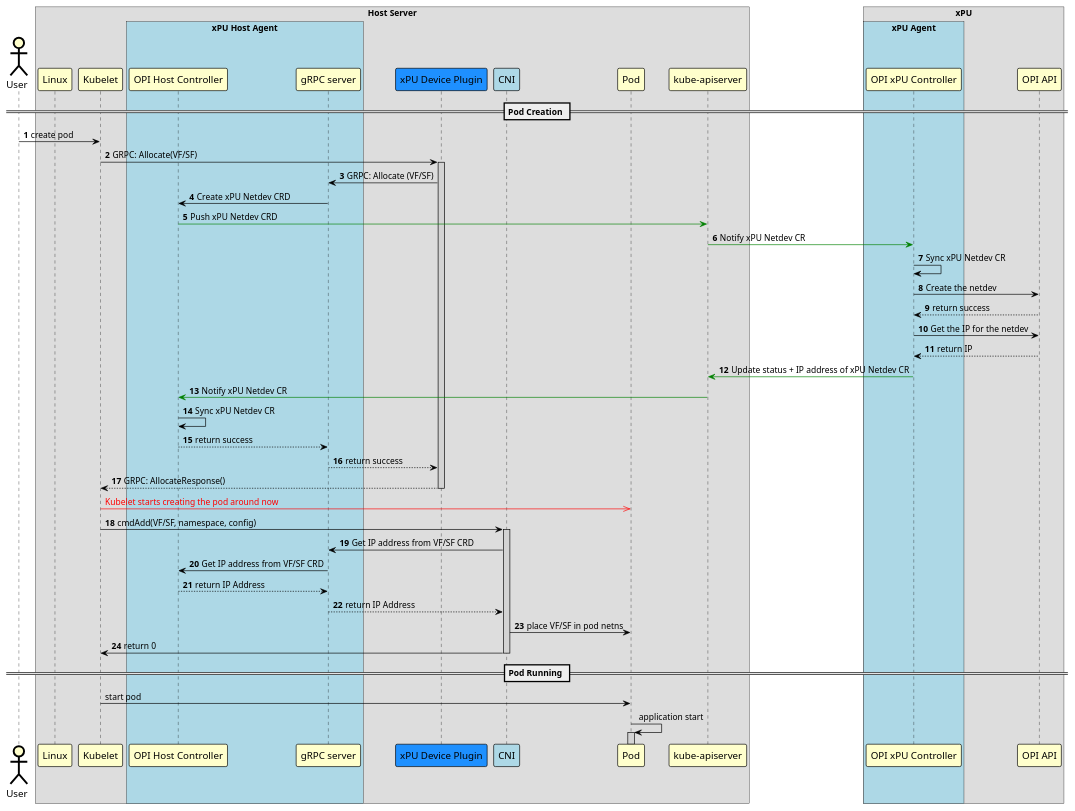
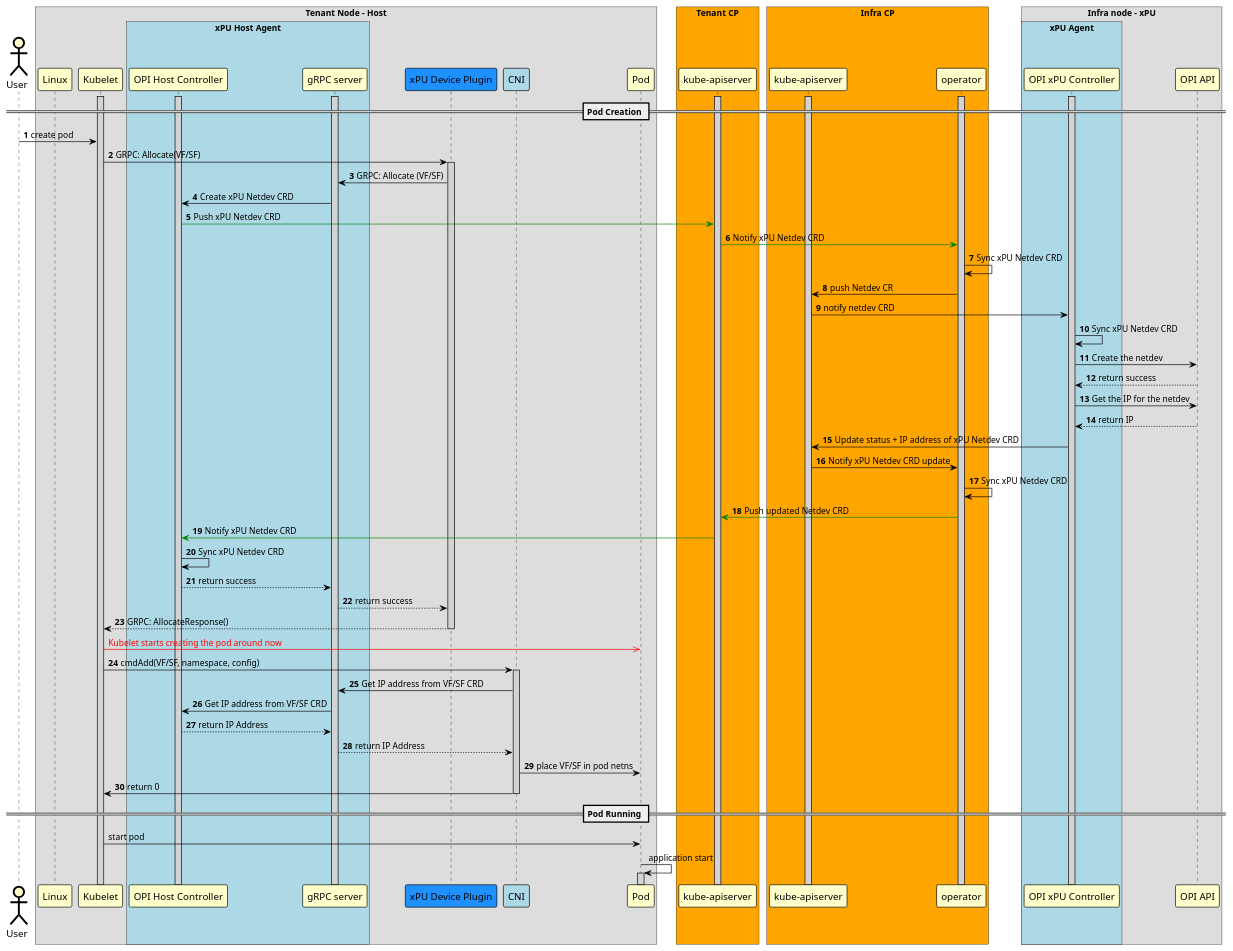
Before and after one commit to redhat-et/ekho: the diagram in sequence-diagrams/puml/host-provisioning-xPU-VF-pod-creation.puml, drawn with PlantUML. The commit also changed 5 other files, not shown here.

Commit message:
host provisioning: update the sequence diagrams with operator

```diff
--- a/sequence-diagrams/puml/host-provisioning-xPU-VF-pod-creation.puml
+++ b/sequence-diagrams/puml/host-provisioning-xPU-VF-pod-creation.puml
@@ -1,96 +1,118 @@
 @startuml
 !pragma teoz true
 skinparam noteBorderColor Black
 skinparam noteBorderThickness 1
 skinparam noteBackgroundColor Yellow
 
 skinparam sequence {
 	BoxBorderColor Black
 	BoxFontSize 20
 
 	ArrowColor Black
 	ArrowThickness 1
 
 	ActorBorderColor Black
 	ActorBorderThickness 3
 	ActorBackgroundColor Business
 	ActorFontSize 15
 
 	ParticipantBorderColor Black
 	ParticipantBorderThickness 1
 	ParticipantBackgroundColor Business
 	ParticipantFontSize 15
 
 	LifeLineBorderColor Black
 	LifeLineBorderThickness 1
 	LifeLineBackgroundColor LightGray
 }
 
 actor "User"
-box "Host Server"
+box "Tenant Node - Host"
 	participant "Linux"
 	participant "Kubelet"
   box "xPU Host Agent" #LightBlue
          participant "OPI Host Controller"
          participant "gRPC server"
   end box
 	participant "xPU Device Plugin" #dodgerblue
 	participant "CNI" #LightBlue
 	participant "Pod"
-        participant "kube-apiserver"
 end box
 
-box "xPU"
+box "Tenant CP" #Orange
+  participant "kube-apiserver" as api1
+end box
+
+box "Infra CP" #Orange
+  participant "kube-apiserver" as api2
+  participant "operator"
+end box
+
+box "Infra node - xPU"
   box "xPU Agent" #LightBlue
 	participant "OPI xPU Controller"
   end box
   participant "OPI API"
 end box
+
+activate api1
+activate api2
+activate "Kubelet"
+activate "operator"
+activate "gRPC server"
+activate "OPI xPU Controller"
+activate "OPI Host Controller"
 
 == Pod Creation ==
 autonumber
 
 "User" -> "Kubelet": create pod
 "Kubelet" -> "xPU Device Plugin": GRPC: Allocate(VF/SF)
 activate "xPU Device Plugin"
 "xPU Device Plugin" -> "gRPC server": GRPC: Allocate (VF/SF)
 "gRPC server" -> "OPI Host Controller" : Create xPU Netdev CRD
-"OPI Host Controller" -[#green]> "kube-apiserver" : Push xPU Netdev CRD
-"kube-apiserver" -[#green]> "OPI xPU Controller": Notify xPU Netdev CR
-"OPI xPU Controller" -> "OPI xPU Controller": Sync xPU Netdev CR
+"OPI Host Controller" -[#green]> api1 : Push xPU Netdev CRD
+api1 -[#green]> "operator": Notify xPU Netdev CRD
+"operator" -> "operator": Sync xPU Netdev CRD
+"operator" -> api2: push Netdev CR
+api2 -> "OPI xPU Controller": notify netdev CRD
+"OPI xPU Controller" -> "OPI xPU Controller": Sync xPU Netdev CRD
 "OPI xPU Controller"->"OPI API": Create the netdev
 "OPI API"-->"OPI xPU Controller": return success
 "OPI xPU Controller"->"OPI API": Get the IP for the netdev
 "OPI API"-->"OPI xPU Controller": return IP
-"OPI xPU Controller"-[#green]>"kube-apiserver": Update status + IP address of xPU Netdev CR
-"kube-apiserver" -[#green]> "OPI Host Controller": Notify xPU Netdev CR
-"OPI Host Controller" -> "OPI Host Controller": Sync xPU Netdev CR
+"OPI xPU Controller" -> api2: Update status + IP address of xPU Netdev CRD
+api2 -> "operator": Notify xPU Netdev CRD update
+"operator" -> "operator": Sync xPU Netdev CRD
+"operator"-[#green]>api1: Push updated Netdev CRD
+api1 -[#green]> "OPI Host Controller": Notify xPU Netdev CRD
+"OPI Host Controller" -> "OPI Host Controller": Sync xPU Netdev CRD
 "OPI Host Controller" -->"gRPC server": return success
 "gRPC server" -->"xPU Device Plugin": return success
 "xPU Device Plugin" --> "Kubelet": GRPC: AllocateResponse()
 deactivate "xPU Device Plugin"
 
 autonumber stop
 "Kubelet" -[#Red]>> "Pod" : <color:Red>Kubelet starts creating the pod around now
 autonumber resume
 
 "Kubelet" -> "CNI" : cmdAdd(VF/SF, namespace, config)
 activate "CNI"
 "CNI" -> "gRPC server" : Get IP address from VF/SF CRD
 "gRPC server" -> "OPI Host Controller" : Get IP address from VF/SF CRD
 "OPI Host Controller" -->"gRPC server": return IP Address
 "gRPC server" --> "CNI" : return IP Address
 "CNI" -> "Pod" : place VF/SF in pod netns
 "CNI" -> "Kubelet" : return 0
 
 deactivate "CNI"
 
 autonumber stop
 
 == Pod Running ==
 
 "Kubelet" -> "Pod" : start pod
 "Pod" -> "Pod" : application start
 activate "Pod"
 
 @enduml
```
